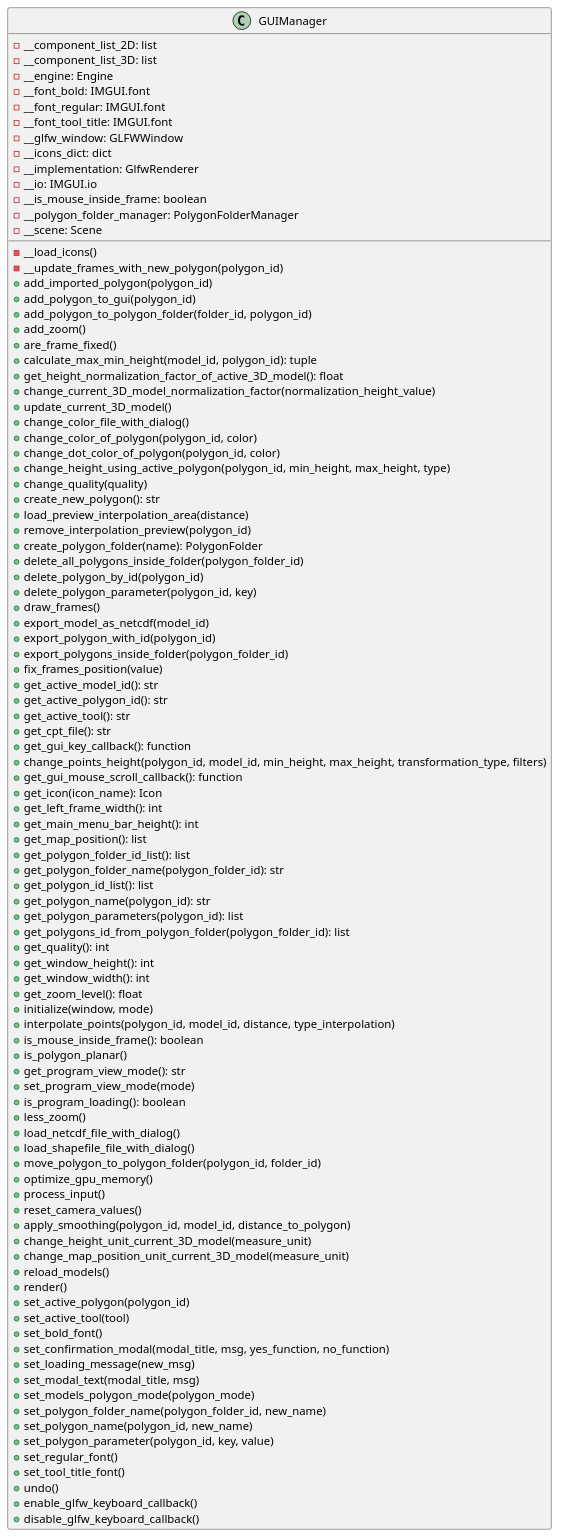
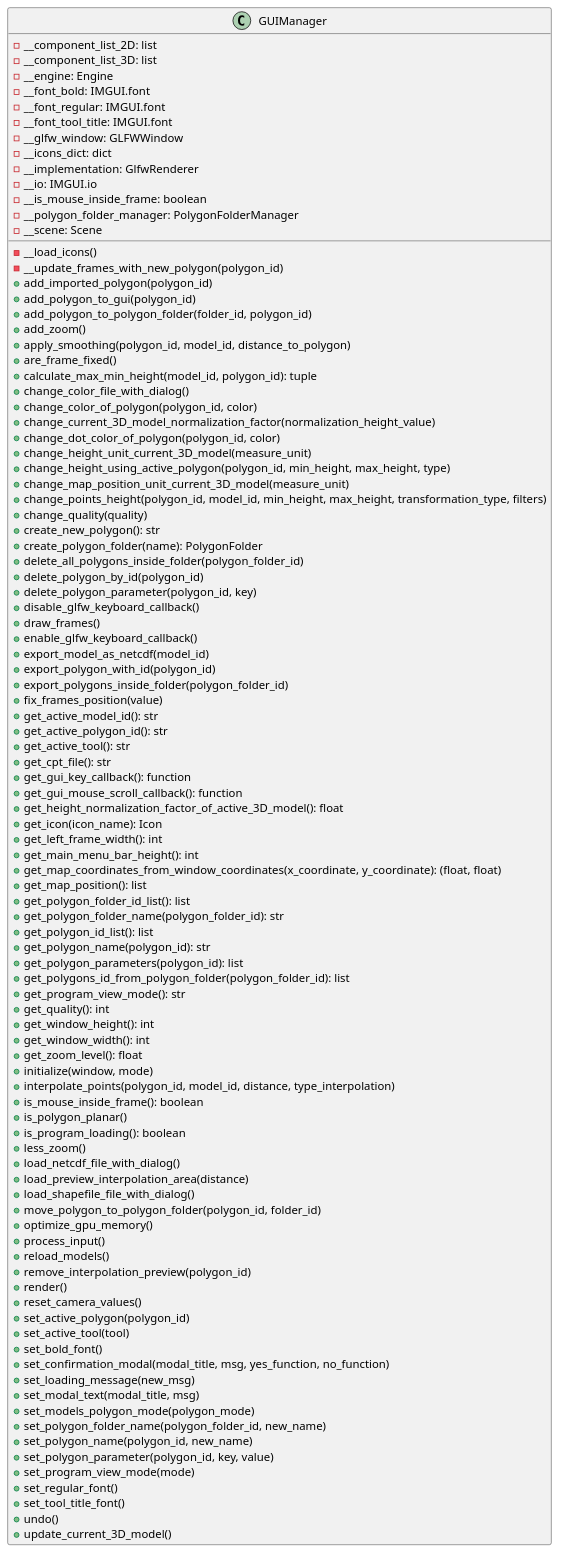
The diagram in docs/classes/GUIManager.puml (ferpoble2/Relief_Creator), drawn with PlantUML before and after one commit.

Commit message:
Updated guimanager puml file

```diff
--- a/docs/classes/GUIManager.puml
+++ b/docs/classes/GUIManager.puml
@@ -1,102 +1,103 @@
 @startuml
 'https://plantuml.com/class-diagram
 class GUIManager{
     - __component_list_2D: list
     - __component_list_3D: list
     - __engine: Engine
     - __font_bold: IMGUI.font
     - __font_regular: IMGUI.font
     - __font_tool_title: IMGUI.font
     - __glfw_window: GLFWWindow
     - __icons_dict: dict
     - __implementation: GlfwRenderer
     - __io: IMGUI.io
     - __is_mouse_inside_frame: boolean
     - __polygon_folder_manager: PolygonFolderManager
     - __scene: Scene
 
     - __load_icons()
     - __update_frames_with_new_polygon(polygon_id)
     + add_imported_polygon(polygon_id)
     + add_polygon_to_gui(polygon_id)
     + add_polygon_to_polygon_folder(folder_id, polygon_id)
     + add_zoom()
+    + apply_smoothing(polygon_id, model_id, distance_to_polygon)
     + are_frame_fixed()
     + calculate_max_min_height(model_id, polygon_id): tuple
-    + get_height_normalization_factor_of_active_3D_model(): float
-    + change_current_3D_model_normalization_factor(normalization_height_value)
-    + update_current_3D_model()
     + change_color_file_with_dialog()
     + change_color_of_polygon(polygon_id, color)
+    + change_current_3D_model_normalization_factor(normalization_height_value)
     + change_dot_color_of_polygon(polygon_id, color)
+    + change_height_unit_current_3D_model(measure_unit)
     + change_height_using_active_polygon(polygon_id, min_height, max_height, type)
+    + change_map_position_unit_current_3D_model(measure_unit)
+    + change_points_height(polygon_id, model_id, min_height, max_height, transformation_type, filters)
     + change_quality(quality)
     + create_new_polygon(): str
-    + load_preview_interpolation_area(distance)
-    + remove_interpolation_preview(polygon_id)
     + create_polygon_folder(name): PolygonFolder
     + delete_all_polygons_inside_folder(polygon_folder_id)
     + delete_polygon_by_id(polygon_id)
     + delete_polygon_parameter(polygon_id, key)
+    + disable_glfw_keyboard_callback()
     + draw_frames()
+    + enable_glfw_keyboard_callback()
     + export_model_as_netcdf(model_id)
     + export_polygon_with_id(polygon_id)
     + export_polygons_inside_folder(polygon_folder_id)
     + fix_frames_position(value)
     + get_active_model_id(): str
     + get_active_polygon_id(): str
     + get_active_tool(): str
     + get_cpt_file(): str
     + get_gui_key_callback(): function
-    + change_points_height(polygon_id, model_id, min_height, max_height, transformation_type, filters)
     + get_gui_mouse_scroll_callback(): function
+    + get_height_normalization_factor_of_active_3D_model(): float
     + get_icon(icon_name): Icon
     + get_left_frame_width(): int
     + get_main_menu_bar_height(): int
+    + get_map_coordinates_from_window_coordinates(x_coordinate, y_coordinate): (float, float)
     + get_map_position(): list
     + get_polygon_folder_id_list(): list
     + get_polygon_folder_name(polygon_folder_id): str
     + get_polygon_id_list(): list
     + get_polygon_name(polygon_id): str
     + get_polygon_parameters(polygon_id): list
     + get_polygons_id_from_polygon_folder(polygon_folder_id): list
+    + get_program_view_mode(): str
     + get_quality(): int
     + get_window_height(): int
     + get_window_width(): int
     + get_zoom_level(): float
     + initialize(window, mode)
     + interpolate_points(polygon_id, model_id, distance, type_interpolation)
     + is_mouse_inside_frame(): boolean
     + is_polygon_planar()
-    + get_program_view_mode(): str
-    + set_program_view_mode(mode)
     + is_program_loading(): boolean
     + less_zoom()
     + load_netcdf_file_with_dialog()
+    + load_preview_interpolation_area(distance)
     + load_shapefile_file_with_dialog()
     + move_polygon_to_polygon_folder(polygon_id, folder_id)
     + optimize_gpu_memory()
     + process_input()
+    + reload_models()
+    + remove_interpolation_preview(polygon_id)
+    + render()
     + reset_camera_values()
-    + apply_smoothing(polygon_id, model_id, distance_to_polygon)
-    + change_height_unit_current_3D_model(measure_unit)
-    + change_map_position_unit_current_3D_model(measure_unit)
-    + reload_models()
-    + render()
     + set_active_polygon(polygon_id)
     + set_active_tool(tool)
     + set_bold_font()
     + set_confirmation_modal(modal_title, msg, yes_function, no_function)
     + set_loading_message(new_msg)
     + set_modal_text(modal_title, msg)
     + set_models_polygon_mode(polygon_mode)
     + set_polygon_folder_name(polygon_folder_id, new_name)
     + set_polygon_name(polygon_id, new_name)
     + set_polygon_parameter(polygon_id, key, value)
+    + set_program_view_mode(mode)
     + set_regular_font()
     + set_tool_title_font()
     + undo()
-    + enable_glfw_keyboard_callback()
-    + disable_glfw_keyboard_callback()
+    + update_current_3D_model()
 }
 @enduml
```
